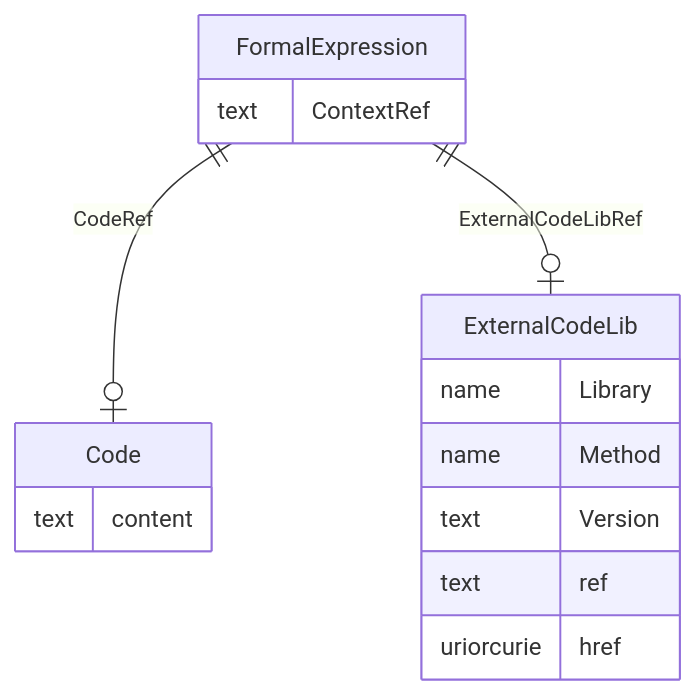
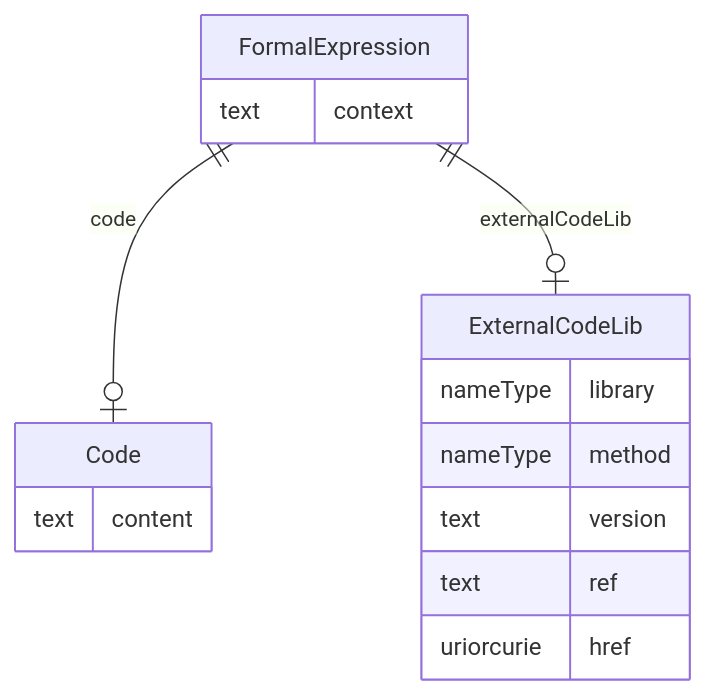
Before and after one commit to cdisc-org/DataExchange-ODM-LinkML: the diagram in docs/FormalExpression.md, drawn with Mermaid. The commit also changed other lines of this file and 759 other files, not shown here.

````diff
--- a/docs/FormalExpression.md
+++ b/docs/FormalExpression.md
@@ -11,20 +11,20 @@
 ```mermaid
 erDiagram
 FormalExpression {
-    text ContextRef  
+    text context  
 }
 ExternalCodeLib {
-    name Library  
-    name Method  
-    text Version  
+    nameType library  
+    nameType method  
+    text version  
     text ref  
     uriorcurie href  
 }
 Code {
     text content  
 }
 
-FormalExpression ||--|o Code : "CodeRef"
-FormalExpression ||--|o ExternalCodeLib : "ExternalCodeLibRef"
+FormalExpression ||--|o Code : "code"
+FormalExpression ||--|o ExternalCodeLib : "externalCodeLib"
 
 ```
````
